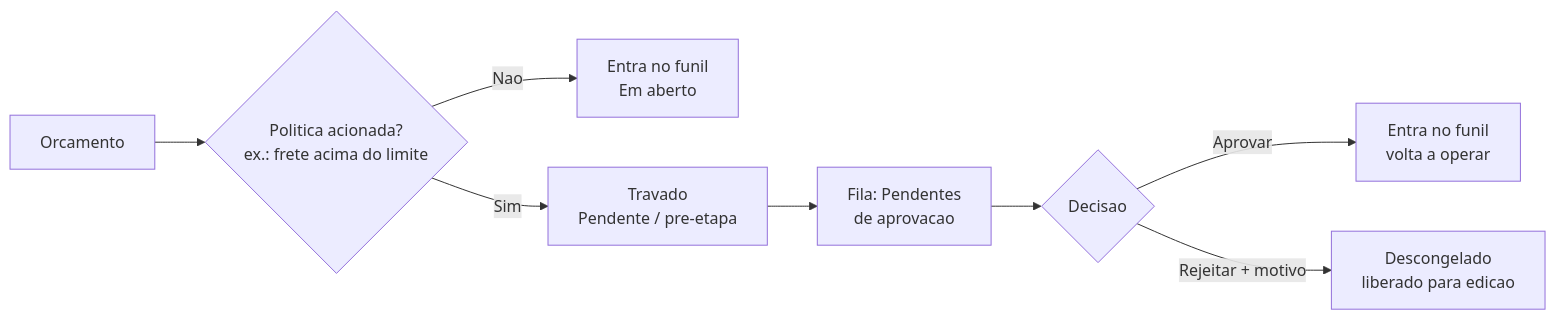
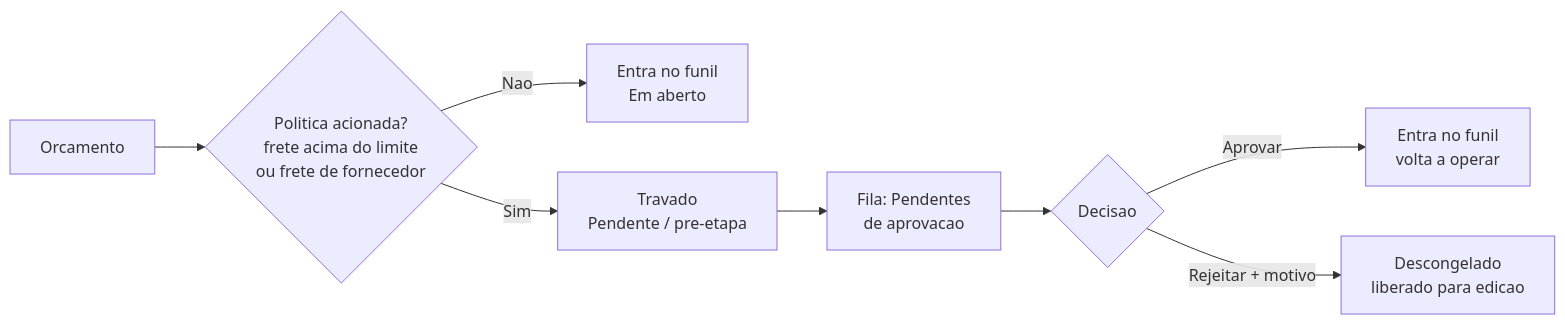
One commit to LocFlowTeam/locflow-docs changed the diagram in orcamentos/aprovacao.md. Above: the diagram before and after it, drawn with Mermaid. The commit also changed other lines of this file and 25 other files, not shown here.

````diff
--- a/orcamentos/aprovacao.md
+++ b/orcamentos/aprovacao.md
@@ -51,10 +85,10 @@
 ```mermaid
 flowchart LR
-    A[Orcamento] --> B{Politica acionada?<br/>ex.: frete acima do limite}
+    A[Orcamento] --> B{Politica acionada?<br/>frete acima do limite<br/>ou frete de fornecedor}
     B -->|Nao| N[Entra no funil<br/>Em aberto]
     B -->|Sim| P[Travado<br/>Pendente / pre-etapa]
     P --> F[Fila: Pendentes<br/>de aprovacao]
     F --> D{Decisao}
     D -->|Aprovar| AP[Entra no funil<br/>volta a operar]
     D -->|Rejeitar + motivo| RJ[Descongelado<br/>liberado para edicao]
 ```
````
